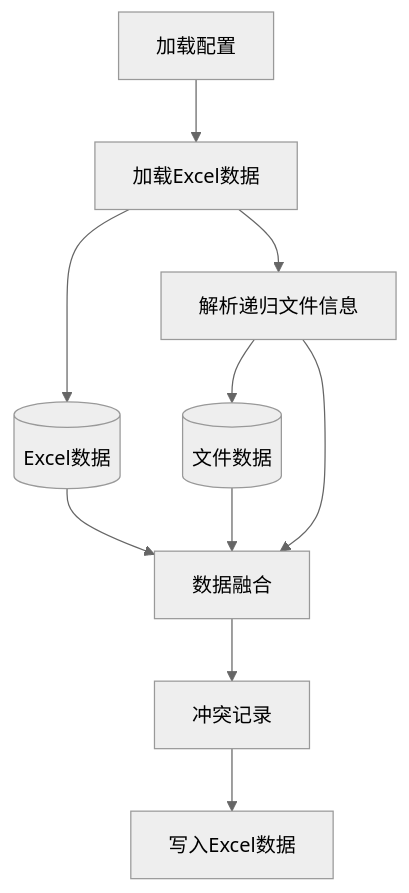
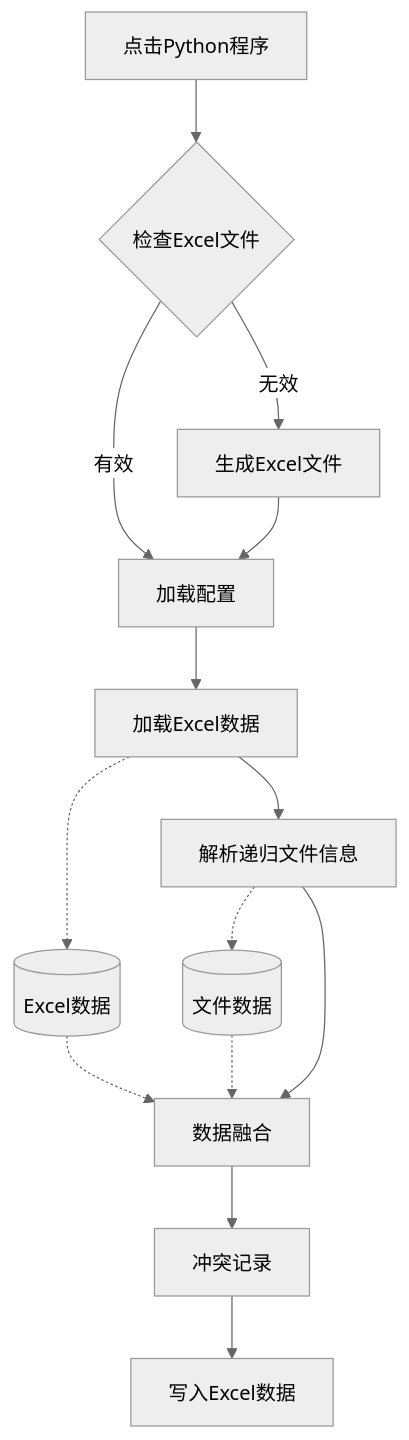
The diagram in design/design.md (gamefang/file_manager), drawn with Mermaid (neutral theme) before and after one commit. The commit also changed other lines of this file and 5 other files, not shown here.

````diff
--- a/design/design.md
+++ b/design/design.md
@@ -8,14 +8,16 @@
 ```mermaid
 graph TB
 
-%%Excel点击同步-->加载配置
+点击Python程序-->检查Excel文件{检查Excel文件}
+检查Excel文件--有效-->加载配置
+检查Excel文件--无效-->生成Excel文件-->加载配置
 加载配置-->加载Excel数据
-加载Excel数据-->Excel数据[(Excel数据)]
+加载Excel数据-.->Excel数据[(Excel数据)]
 加载Excel数据-->解析递归文件信息
-解析递归文件信息-->文件数据[(文件数据)]
+解析递归文件信息-.->文件数据[(文件数据)]
 解析递归文件信息-->数据融合
-Excel数据[(Excel数据)]-->数据融合
-文件数据[(文件数据)]-->数据融合
+Excel数据[(Excel数据)]-.->数据融合
+文件数据[(文件数据)]-.->数据融合
 数据融合-->冲突记录
 冲突记录-->写入Excel数据
 ```
````
